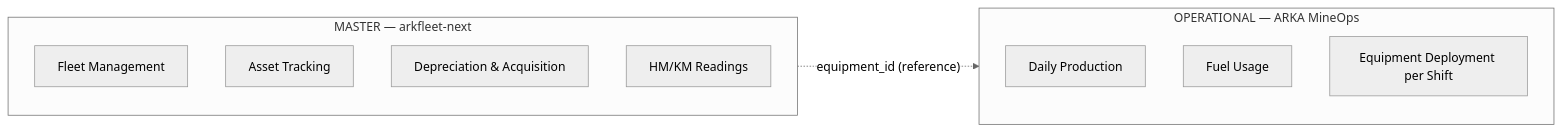
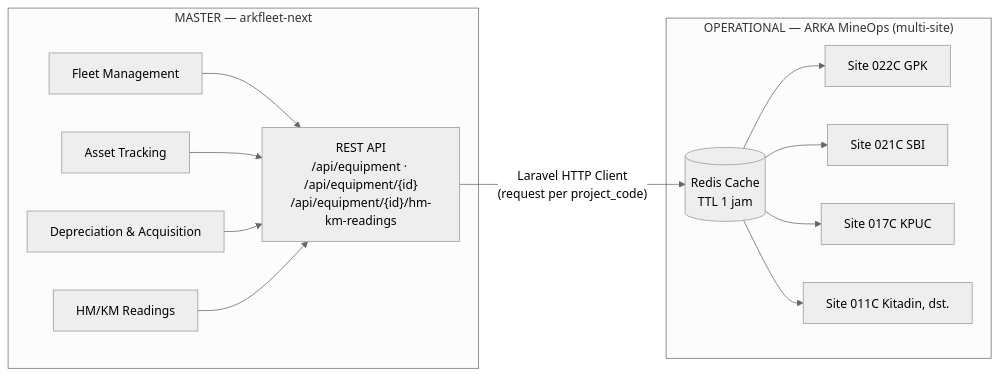
Before and after one commit to rachmanj/daily-production: diagram 11 of 11 in docs/concept.md, drawn with Mermaid (neutral theme). The commit also changed other lines of this file, not shown here.

First line of the commit message:
docs: switch to REST API integration + enterprise-wide multi-site

````diff
--- a/docs/concept.md
+++ b/docs/concept.md
@@ -756,17 +785,22 @@
 ```mermaid
 graph LR
     subgraph MASTER["MASTER — arkfleet-next"]
         M1["Fleet Management"]
         M2["Asset Tracking"]
         M3["Depreciation & Acquisition"]
         M4["HM/KM Readings"]
+        API_EP["REST API<br/>/api/equipment · /api/equipment/{id}<br/>/api/equipment/{id}/hm-km-readings"]
     end
 
-    subgraph OPS["OPERATIONAL — ARKA MineOps"]
-        O1["Daily Production"]
-        O2["Fuel Usage"]
-        O3["Equipment Deployment per Shift"]
+    subgraph OPS["OPERATIONAL — ARKA MineOps (multi-site)"]
+        CACHE[("Redis Cache<br/>TTL 1 jam")]
+        S1["Site 022C GPK"]
+        S2["Site 021C SBI"]
+        S3["Site 017C KPUC"]
+        S4["Site 011C Kitadin, dst."]
     end
 
-    MASTER -.->|"equipment_id (reference)"| OPS
+    M1 & M2 & M3 & M4 --> API_EP
+    API_EP -->|"Laravel HTTP Client<br/>(request per project_code)"| CACHE
+    CACHE --> S1 & S2 & S3 & S4
 ```
````
